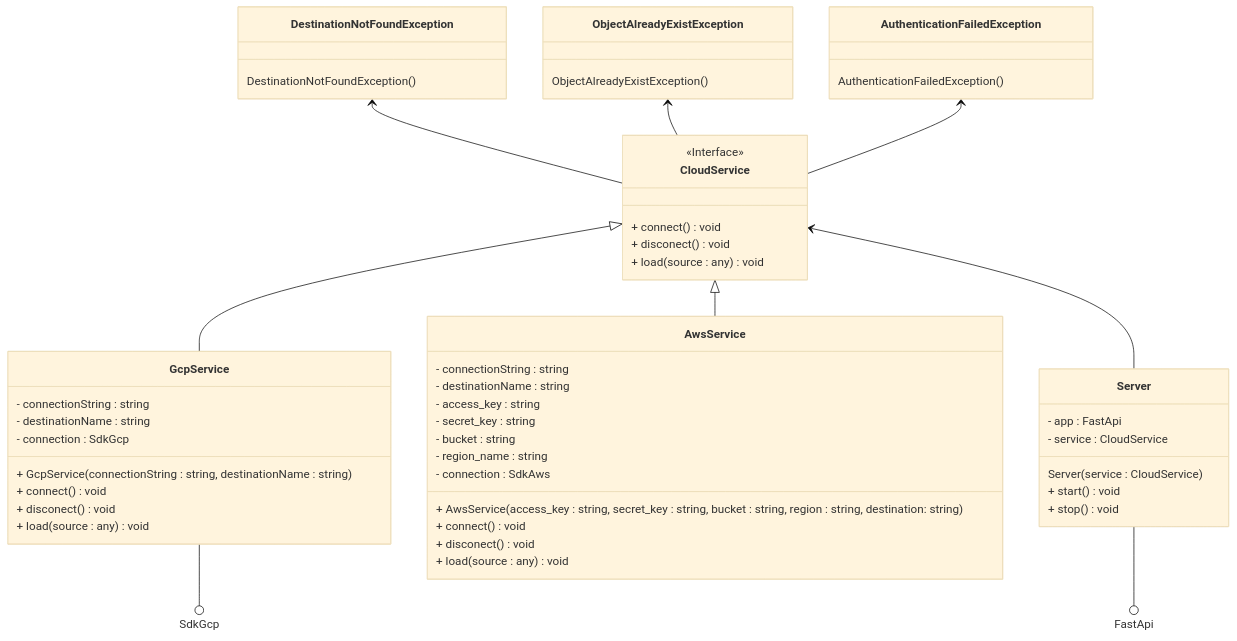
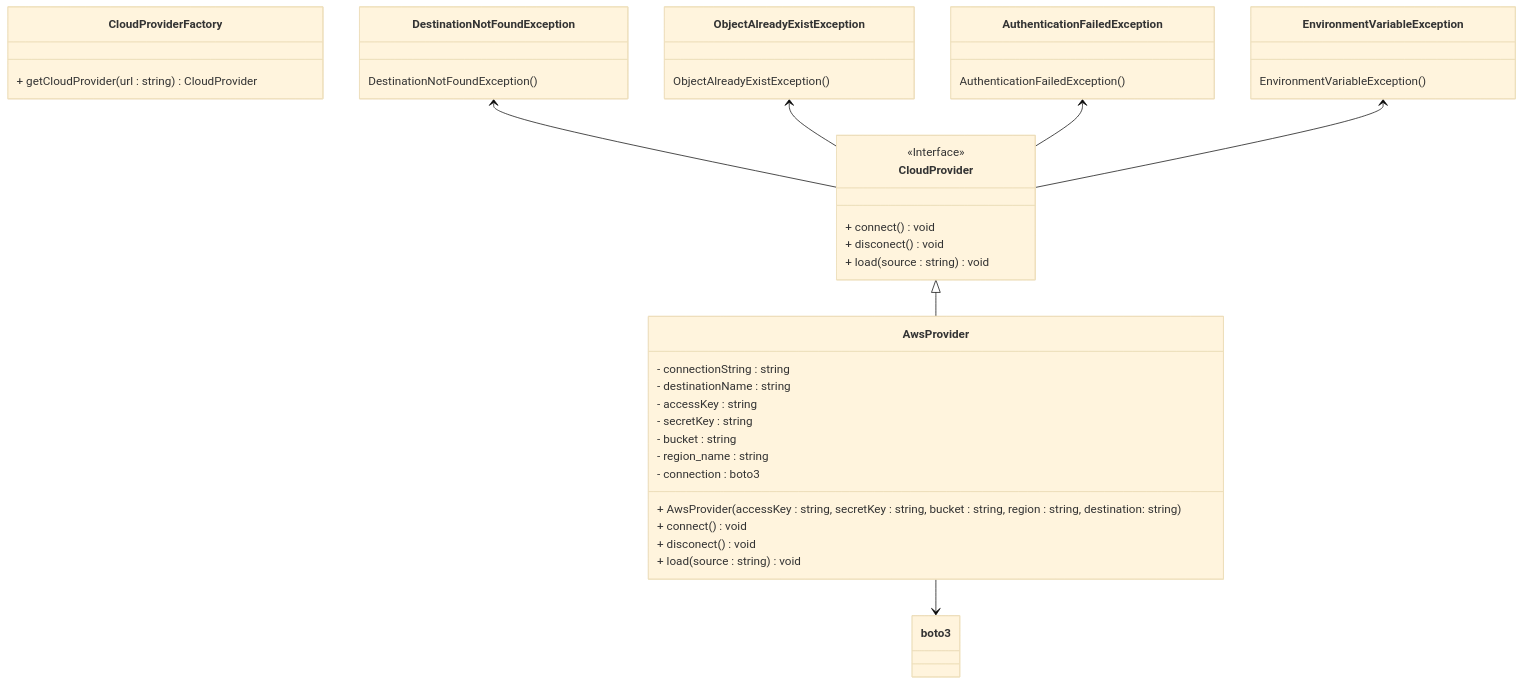
The diagram in bucket_connector/docs/class_diagram.md (CPNV-ES-BI1-RIA2-ELT-EXTERNAL-SOURCE/EXTERNAL-SOURCE-LOAD-DATALAKE), drawn with Mermaid (base theme) before and after one commit. The commit also changed 4 other files, not shown here.

`````diff
--- a/bucket_connector/docs/class_diagram.md
+++ b/bucket_connector/docs/class_diagram.md
@@ -1,66 +1,52 @@
 ````mermaid
 classDiagram
-    class CloudService {
+    class CloudProvider {
         <<Interface>>        
         + connect() void
         + disconect() void
-        + load(source : any) void
+        + load(source : string) void
     }
     
-    CloudService <|-- GcpService
-    class GcpService {
+    class CloudProviderFactory {
+        + getCloudProvider(url : string) CloudProvider
+    }
+    
+    CloudProvider <|-- AwsProvider
+    class AwsProvider {
         - connectionString : string
         - destinationName : string
-        - connection : SdkGcp
+        - accessKey : string
+        - secretKey : string
+        - bucket : string
+        - region_name : string
+        - connection : boto3
 
-        + GcpService(connectionString : string, destinationName : string)
+        + AwsProvider(accessKey : string, secretKey : string, bucket : string, region : string, destination: string)
         + connect() void 
         + disconect() void
-        + load(source : any) void        
+        + load(source : string) void        
     }
     
-    CloudService <|-- AwsService
-    class AwsService {
-        - connectionString : string
-        - destinationName : string
-        - access_key : string
-        - secret_key : string
-        - bucket : string
-        - region_name : string
-        - connection : SdkAws
-
-        + AwsService(access_key : string, secret_key : string, bucket : string, region : string, destination: string)
-        + connect() void 
-        + disconect() void
-        + load(source : any) void        
-    }
-    
-    CloudService <-- Server
-    class Server {
-        - app : FastApi
-        - service : CloudService
-
-        Server(service : CloudService)
-        + start() void
-        + stop() void
-    }
-    
-    DestinationNotFoundException <-- CloudService
+    DestinationNotFoundException <-- CloudProvider
     class DestinationNotFoundException {
         DestinationNotFoundException()
     }
     
-    ObjectAlreadyExistException <-- CloudService
+    ObjectAlreadyExistException <-- CloudProvider
     class ObjectAlreadyExistException {
         ObjectAlreadyExistException()
     }
     
-    AuthenticationFailedException <-- CloudService
+    AuthenticationFailedException <-- CloudProvider
     class AuthenticationFailedException {
         AuthenticationFailedException()
     }
+    
+    EnvironmentVariableException <-- CloudProvider
+    class EnvironmentVariableException {
+        EnvironmentVariableException()
+    }
 
-    GcpService --() SdkGcp
-    Server --() FastApi
+    AwsProvider --> boto3
     
 ````
`````
